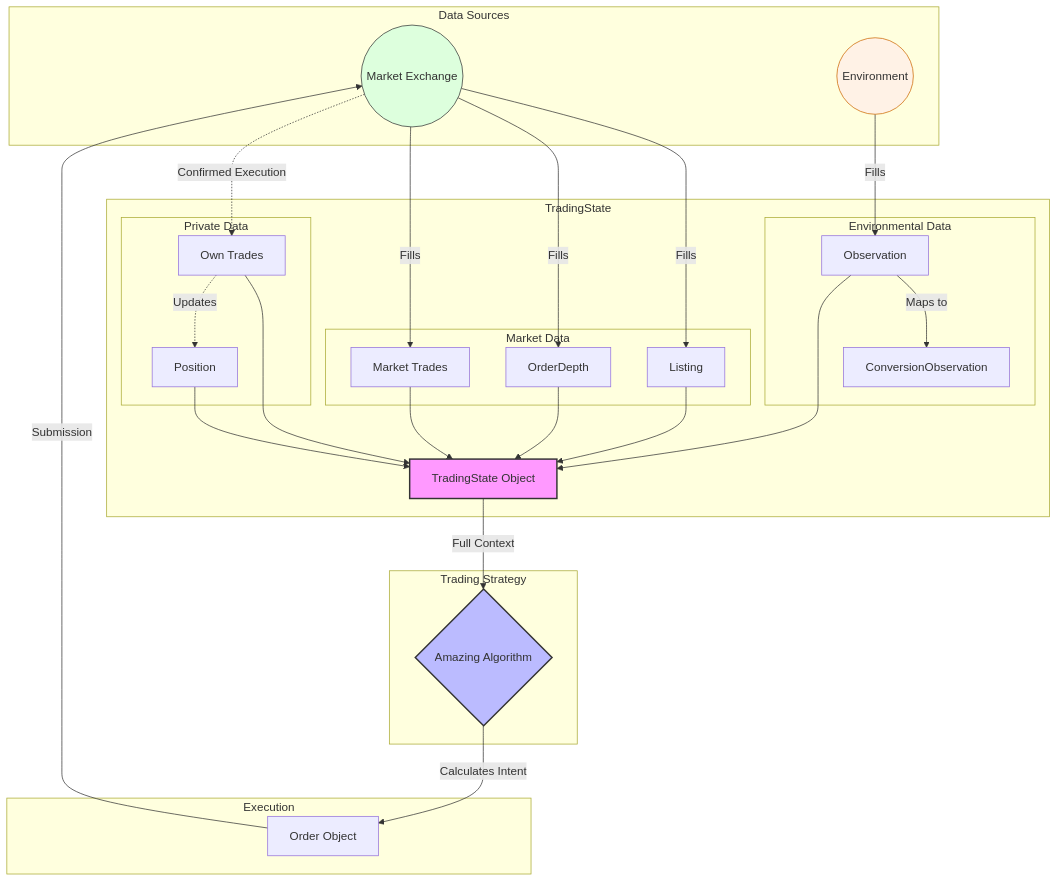
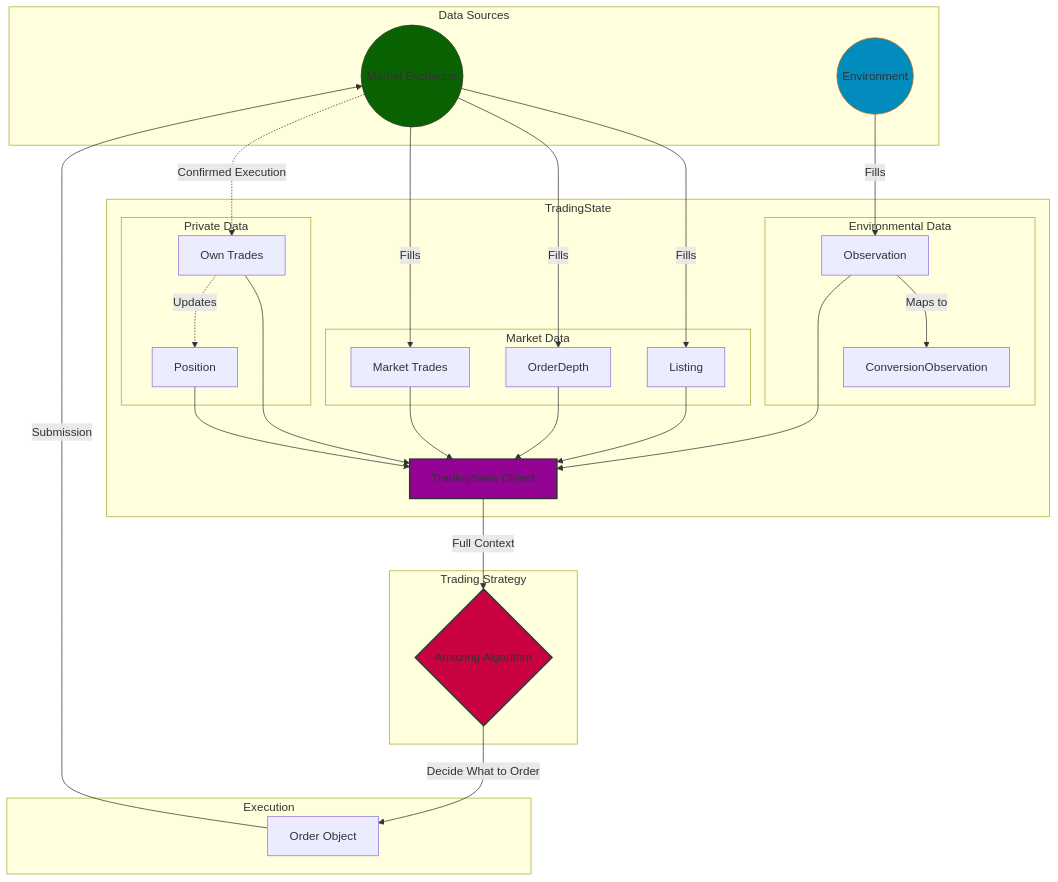
Before and after one commit to abil-nrg/imc4-trial: the diagram in README.md, drawn with Mermaid. The commit also changed other lines of this file and 1 other file, not shown here.

Commit message:
readme upodate

````diff
--- a/README.md
+++ b/README.md
@@ -14,67 +14,67 @@
 ```mermaid
 graph TD
     %% Source Layer
     subgraph Sources [Data Sources]
         Market((Market Exchange))
         Env((Environment))
     end
 
     %% State Layer
     subgraph Data_Payload [TradingState]
         TS[TradingState Object]
         
         subgraph Market_Data [Market Data]
             L[Listing]
             OD[OrderDepth]
             MT[Market Trades]
         end
         
         subgraph Internal_Data [Private Data]
             Pos[Position]
             OT[Own Trades]
         end
         
         subgraph Env_Data [Environmental Data]
             Obs[Observation]
             CObs[ConversionObservation]
         end
     end
 
     %% Processing Layer
     subgraph Bot_Logic [Trading Strategy]
         Bot{Amazing Algorithm}
     end
 
     %% Action Layer
     subgraph Output [Execution]
         Ord[Order Object]
     end
 
     %% Connections
     Market -->|Fills| L
     Market -->|Fills| OD
     Market -->|Fills| MT
     
     Env -->|Fills| Obs
     Obs -->|Maps to| CObs
     
     %% Pulling into State
     L & OD & MT & Pos & OT & Obs --> TS
     
     %% Flow to Bot
     TS -->|Full Context| Bot
     
     %% Flow to Market
-    Bot -->|Calculates Intent| Ord
+    Bot -->|Decide What to Order| Ord
     Ord -->|Submission| Market
     
     %% Feedback Loop
     Market -.->|Confirmed Execution| OT
     OT -.->|Updates| Pos
 
     %% Styling
-    style TS fill:#f9f,stroke:#333,stroke-width:2px
-    style Bot fill:#bbf,stroke:#333,stroke-width:2px
-    style Market fill:#dfd,stroke:#333
-    style Env fill:#fff2e6,stroke:#cc6600
+    style TS fill:#940394,stroke:#333,stroke-width:2px
+    style Bot fill:#c90241,stroke:#333,stroke-width:2px
+    style Market fill:#0a6302,stroke:#333
+    style Env fill:#028bbd,stroke:#cc6600
 ```
````
